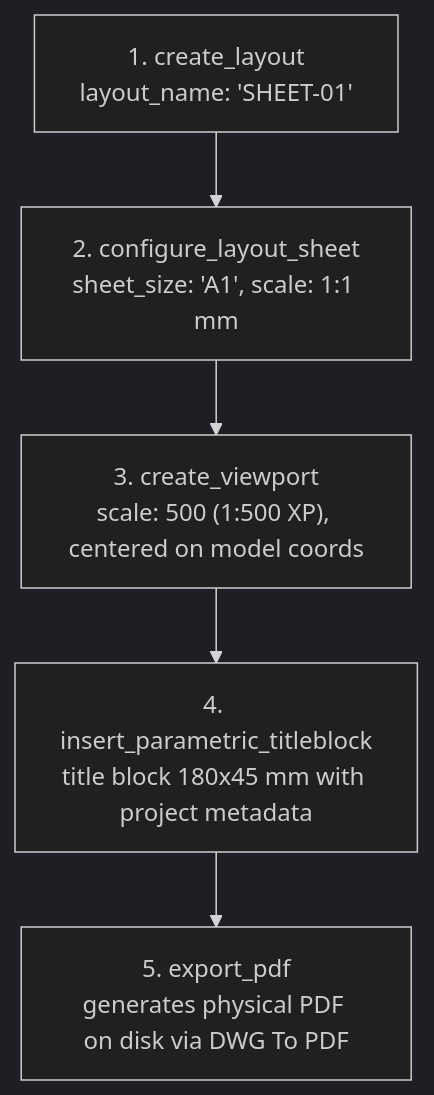
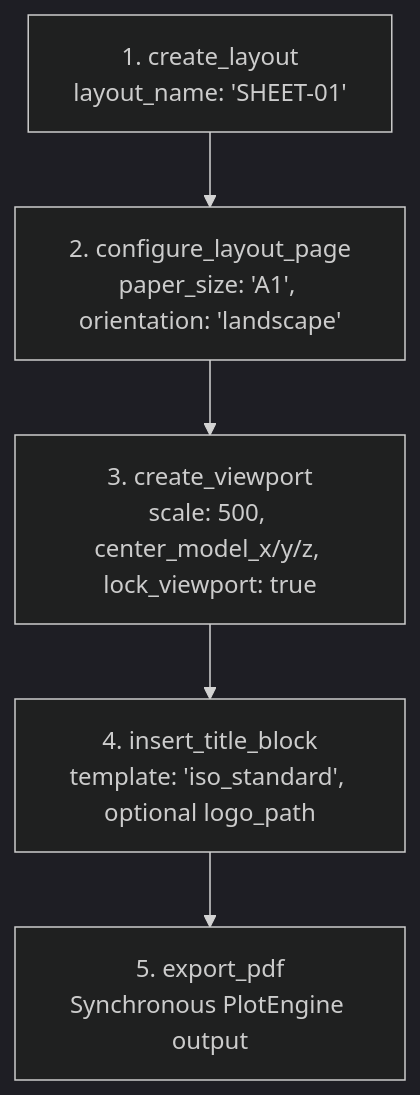
One commit to LuiccianDev/autocad-mcp changed the second of 4 diagrams in docs/TOOLS_CHEAT_SHEET.md. Above: the diagram before and after it, drawn with Mermaid (dark theme). The commit also changed other lines of this file and 5 other files, not shown here.

````diff
--- a/docs/TOOLS_CHEAT_SHEET.md
+++ b/docs/TOOLS_CHEAT_SHEET.md
@@ -76,7 +62,7 @@
 ```mermaid
 flowchart TD
-    A["1. create_layout\nlayout_name: 'SHEET-01'"] --> B["2. configure_layout_sheet\nsheet_size: 'A1', scale: 1:1 mm"]
-    B --> C["3. create_viewport\nscale: 500 (1:500 XP), centered on model coords"]
-    C --> D["4. insert_parametric_titleblock\ntitle block 180x45 mm with project metadata"]
-    D --> E["5. export_pdf\ngenerates physical PDF on disk via DWG To PDF"]
+    A["1. create_layout\nlayout_name: 'SHEET-01'"] --> B["2. configure_layout_page\npaper_size: 'A1', orientation: 'landscape'"]
+    B --> C["3. create_viewport\nscale: 500, center_model_x/y/z, lock_viewport: true"]
+    C --> D["4. insert_title_block\ntemplate: 'iso_standard', optional logo_path"]
+    D --> E["5. export_pdf\nSynchronous PlotEngine output"]
 ```
````
